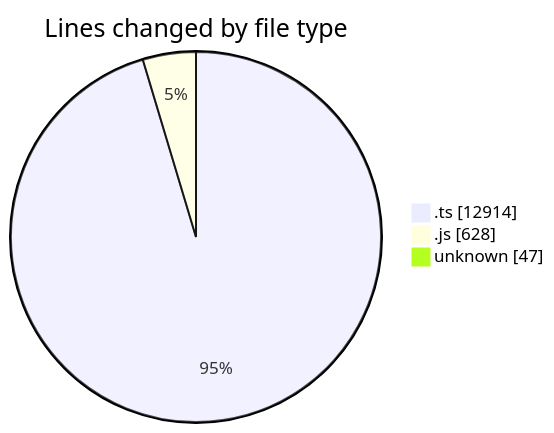
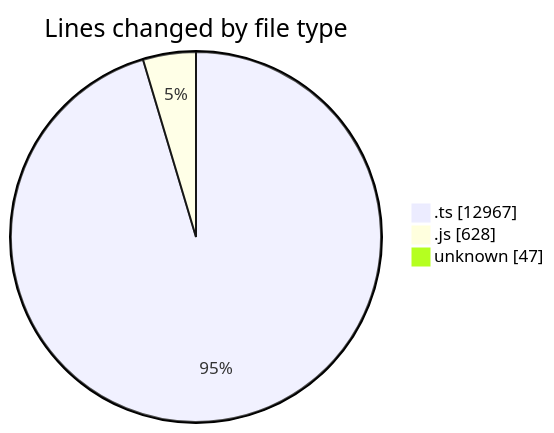
One commit to momahboobian/code-tracking changed the first of 2 diagrams in 2025-09-05/cda/README.md. Above: the diagram before and after it, drawn with Mermaid. The commit also changed other lines of this file and 1 other file, not shown here.

````diff
--- a/2025-09-05/cda/README.md
+++ b/2025-09-05/cda/README.md
@@ -27,7 +27,7 @@
 ```mermaid
 pie showData
 title Lines changed by file type
-".ts" : 12914
+".ts" : 12967
 ".js" : 628
 "unknown" : 47
 ```
````
